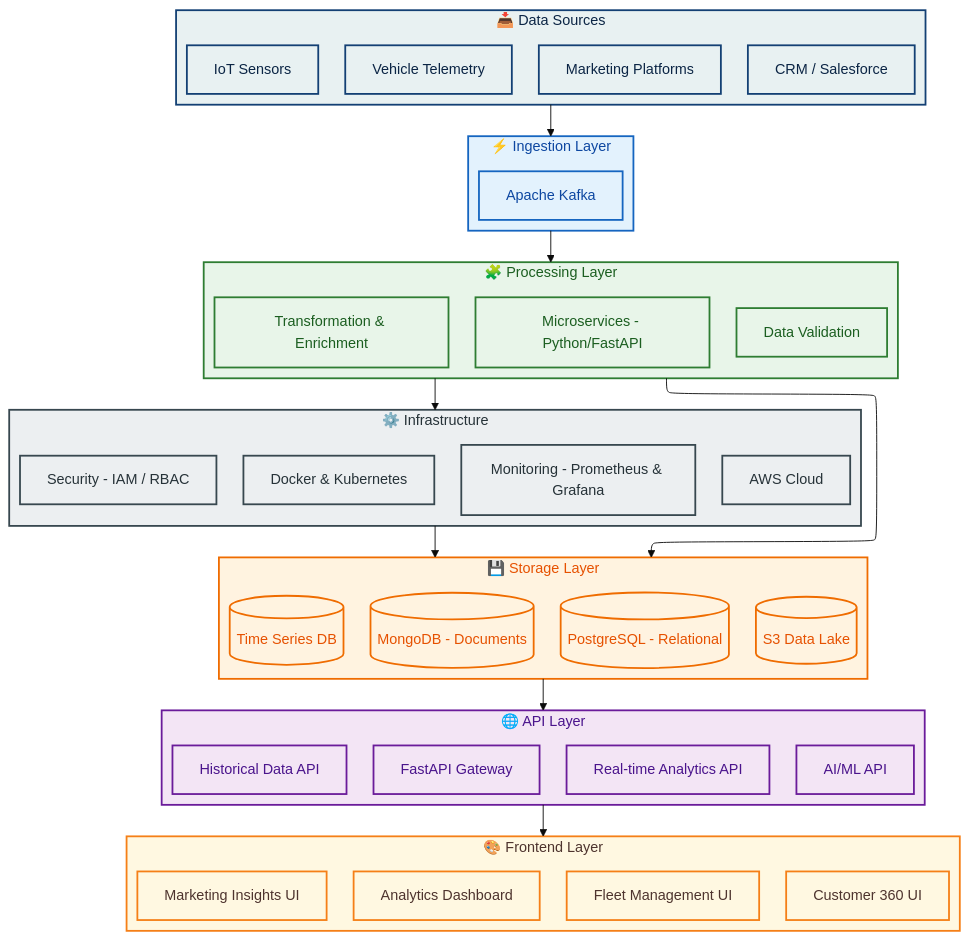
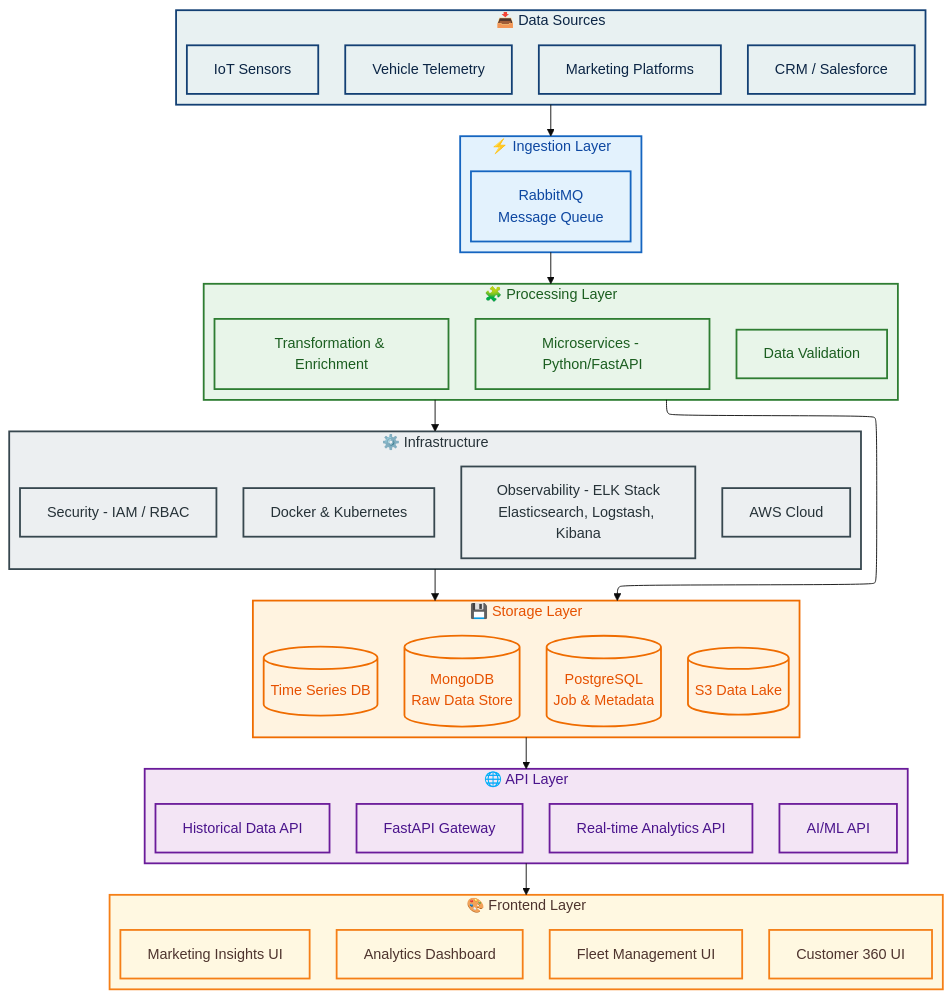
One commit to nitty01/html-portfolio changed the diagram in assets/images/diagrams/deep-view-analytics/deep-view-analytics-architecture_detailed.mmd. Above: the diagram before and after it, drawn with Mermaid (base theme). The commit also changed 8 other files, not shown here.

```diff
--- a/assets/images/diagrams/deep-view-analytics/deep-view-analytics-architecture_detailed.mmd
+++ b/assets/images/diagrams/deep-view-analytics/deep-view-analytics-architecture_detailed.mmd
@@ -1,82 +1,82 @@
 ---
 config:
   layout: elk
 ---
 flowchart TD
  subgraph DS["📥 Data Sources"]
         A[Vehicle Telemetry]
         B[Marketing Platforms]
         C[IoT Sensors]
         D[CRM / Salesforce]
   end
   
  subgraph IN["⚡ Ingestion Layer"]
-        E[Apache Kafka]
+        E[RabbitMQ<br>Message Queue]
   end
   
  subgraph PR["🧩 Processing Layer"]
         F[Microservices - Python/FastAPI]
         G[Data Validation]
         H[Transformation & Enrichment]
   end
   
  subgraph ST["💾 Storage Layer"]
-        I[(MongoDB - Documents)]
-        J[(PostgreSQL - Relational)]
+        I[(MongoDB<br>Raw Data Store)]
+        J[(PostgreSQL<br>Job & Metadata)]
         K[(Time Series DB)]
         L[(S3 Data Lake)]
   end
   
  subgraph API["🌐 API Layer"]
         M[FastAPI Gateway]
         N[Real-time Analytics API]
         O[Historical Data API]
         P[AI/ML API]
   end
   
  subgraph FE["🎨 Frontend Layer"]
         Q[Analytics Dashboard]
         R[Fleet Management UI]
         S[Marketing Insights UI]
         T[Customer 360 UI]
   end
   
  subgraph INF["⚙️ Infrastructure"]
         U[Docker & Kubernetes]
-        V[Monitoring - Prometheus & Grafana]
+        V[Observability - ELK Stack<br>Elasticsearch, Logstash, Kibana]
         W[Security - IAM / RBAC]
         X[AWS Cloud]
   end
   
     DS --> IN
     IN --> PR
     PR --> ST
     ST --> API
     API --> FE
     PR --> INF
     INF --> ST
     
      DS:::sources
      IN:::ingestion
      PR:::processing
      ST:::storage
      API:::api
      FE:::frontend
      INF:::infra
      
 
 class A,B,C,D sources;
 class E ingestion;
 class F,G,H processing;
 class I,J,K,L storage;
 class M,N,O,P api;
 class Q,R,S,T frontend;
 class U,V,W,X infra;
 
     classDef sources fill:#E8F1F2,stroke:#134074,stroke-width:2px,color:#0B2545
     classDef ingestion fill:#E3F2FD,stroke:#1565C0,stroke-width:2px,color:#0D47A1
     classDef processing fill:#E8F5E9,stroke:#2E7D32,stroke-width:2px,color:#1B5E20
     classDef storage fill:#FFF3E0,stroke:#EF6C00,stroke-width:2px,color:#E65100
     classDef api fill:#F3E5F5,stroke:#6A1B9A,stroke-width:2px,color:#4A148C
     classDef frontend fill:#FFF8E1,stroke:#F57F17,stroke-width:2px,color:#4E342E
     classDef infra fill:#ECEFF1,stroke:#37474F,stroke-width:2px,color:#263238
```
